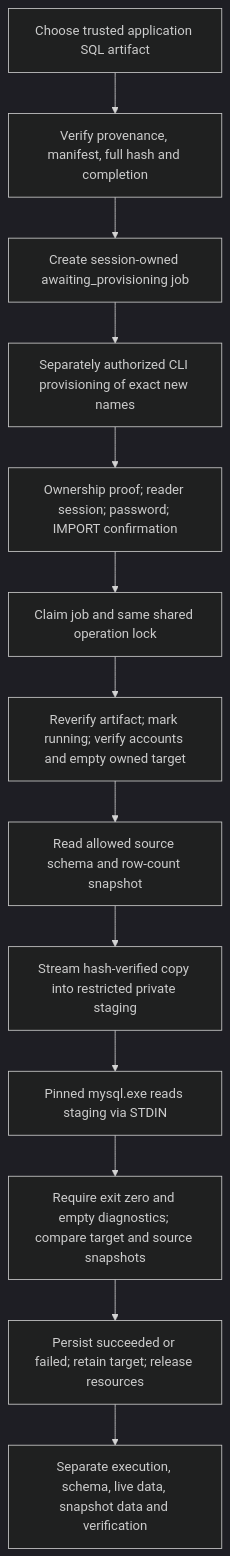
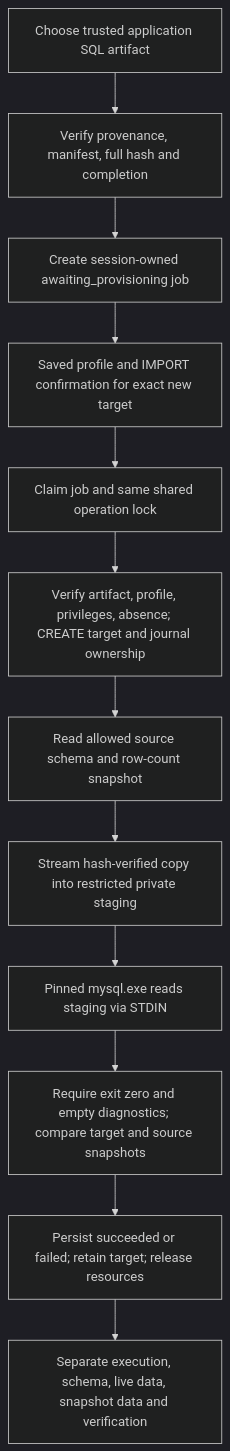
The third of 3 diagrams in docs/ARCHITECTURE.md (TonChaiya/backUP-phpmyadmin-fordev), drawn with Mermaid (dark theme) before and after one commit. The commit also changed other lines of this file and 47 other files, not shown here.

````diff
--- a/docs/ARCHITECTURE.md
+++ b/docs/ARCHITECTURE.md
@@ -151,15 +154,14 @@
 ```mermaid
 flowchart TD
     artifact["Choose trusted application SQL artifact"] --> prepare["Verify provenance, manifest, full hash and completion"]
     prepare --> pending["Create session-owned awaiting_provisioning job"]
-    pending --> provision["Separately authorized CLI provisioning of exact new names"]
-    provision --> confirm["Ownership proof; reader session; password; IMPORT confirmation"]
+    pending --> confirm["Saved profile and IMPORT confirmation for exact new target"]
     confirm --> claim["Claim job and same shared operation lock"]
-    claim --> recheck["Reverify artifact; mark running; verify accounts and empty owned target"]
+    claim --> recheck["Verify artifact, profile, privileges, absence; CREATE target and journal ownership"]
     recheck --> before["Read allowed source schema and row-count snapshot"]
     before --> staging["Stream hash-verified copy into restricted private staging"]
     staging --> nativeImport["Pinned mysql.exe reads staging via STDIN"]
     nativeImport --> compare["Require exit zero and empty diagnostics; compare target and source snapshots"]
     compare --> result["Persist succeeded or failed; retain target; release resources"]
     result --> display["Separate execution, schema, live data, snapshot data and verification"]
 ```
````
